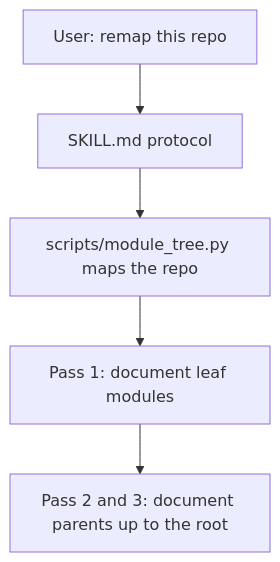
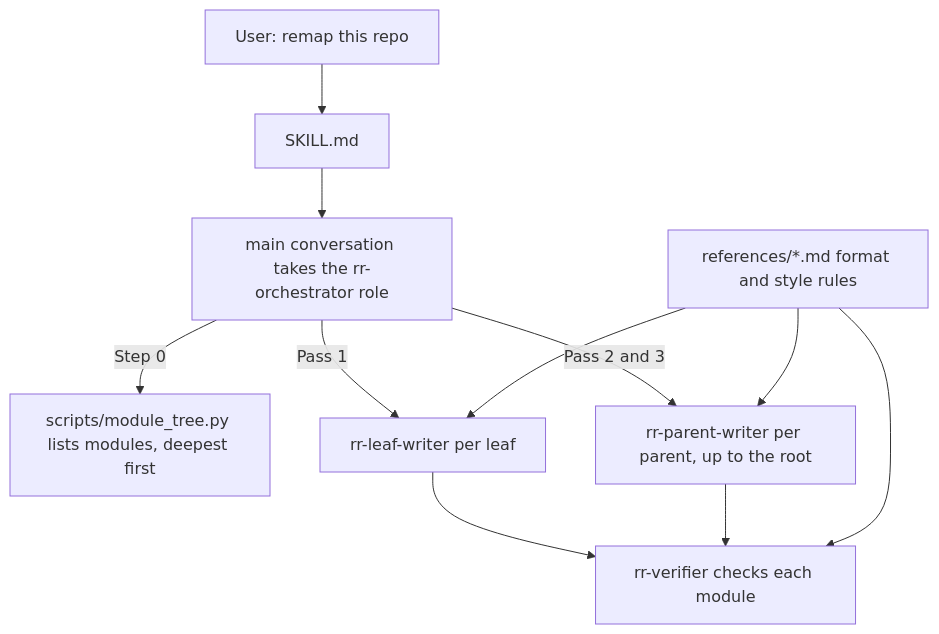
One commit to NikolasMarkou/repo-remap changed the diagram in src/README.md. Above: the diagram before and after it, drawn with Mermaid. The commit also changed other lines of this file and 25 other files, not shown here.

First line of the commit message:
[skill] orchestrator and subagents for reads and rewrites, release 1.1.0

````diff
--- a/src/README.md
+++ b/src/README.md
@@ -15,7 +13,13 @@
 ```mermaid
 flowchart TD
-    U[User: remap this repo] --> S[SKILL.md protocol]
-    S --> M[scripts/module_tree.py maps the repo]
-    M --> P1[Pass 1: document leaf modules]
-    P1 --> P2[Pass 2 and 3: document parents up to the root]
+    U[User: remap this repo] --> S[SKILL.md]
+    S --> O[main conversation takes the rr-orchestrator role]
+    O -->|Step 0| M[scripts/module_tree.py lists modules, deepest first]
+    O -->|Pass 1| L[rr-leaf-writer per leaf]
+    O -->|Pass 2 and 3| P[rr-parent-writer per parent, up to the root]
+    L --> V[rr-verifier checks each module]
+    P --> V
+    R[references/*.md format and style rules] --> L
+    R --> P
+    R --> V
 ```
````
